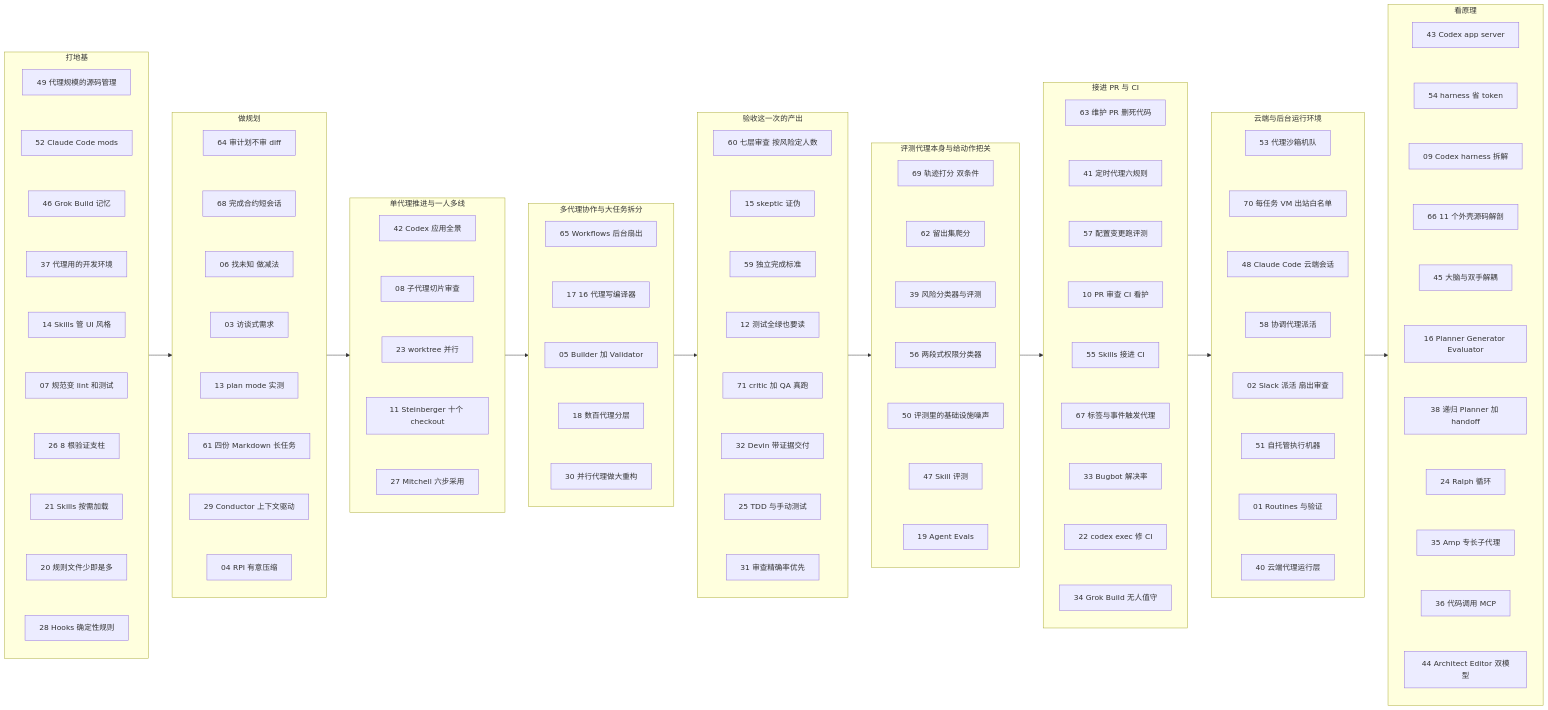
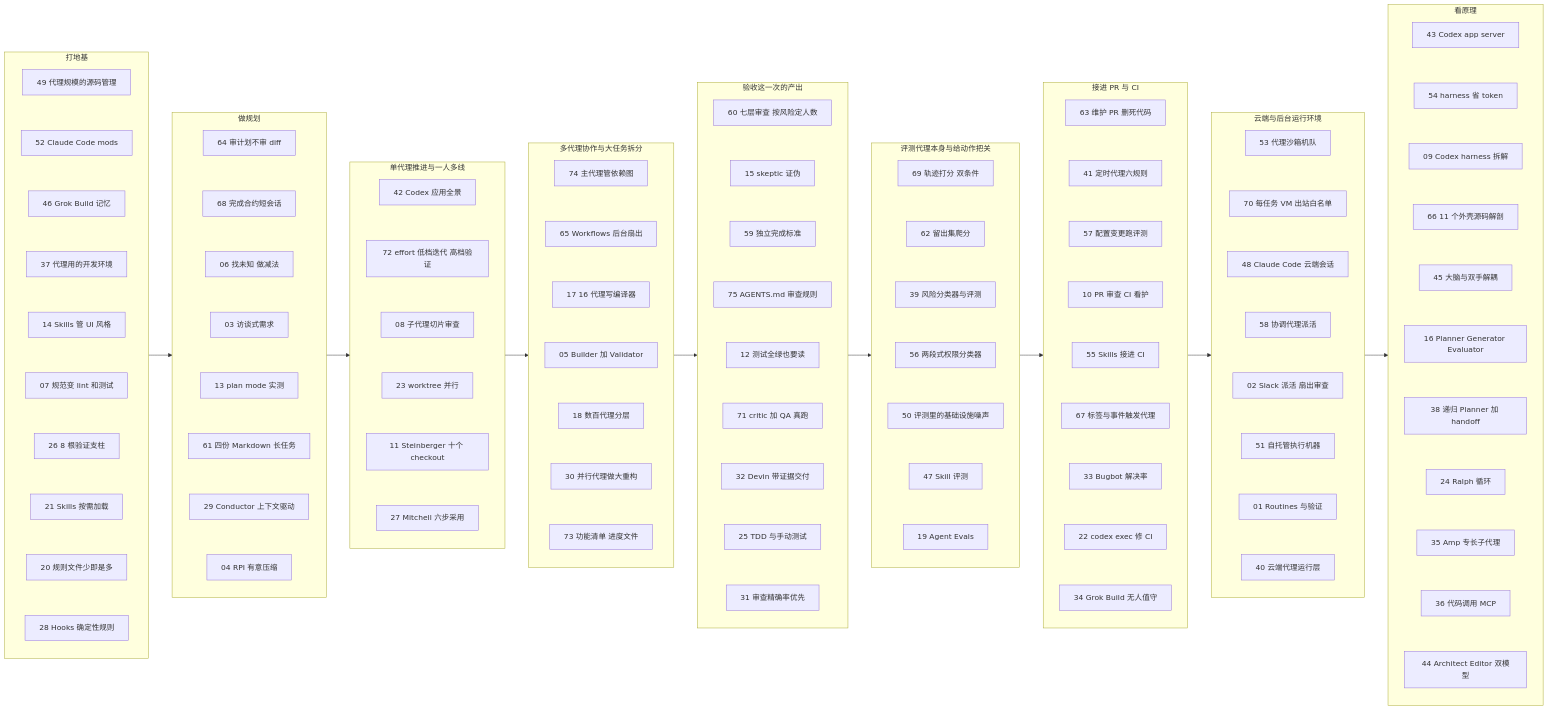
Before and after one commit to yzw7489757/ai-coding-videos: the diagram in docs/index.md, drawn with Mermaid. The commit also changed other lines of this file and 21 other files, not shown here.

Commit message:
第十批收录 #72–#75：effort 档位、长任务功能清单与进度文件、十仓 .NET 迁移、Codex 审查规则；同步阶段指南、模式库 P63–P66、学习路径、全部资料、总结、术语表与更新日志

```diff
--- a/docs/index.md
+++ b/docs/index.md
@@ -165,32 +157,39 @@
   subgraph S3["单代理推进与一人多线"]
     direction TB
     A42["42 Codex 应用全景"]
+    A72["72 effort 低档迭代 高档验证"]
     A08["08 子代理切片审查"]
     A23["23 worktree 并行"]
     A11["11 Steinberger 十个 checkout"]
     A27["27 Mitchell 六步采用"]
-    A42 ~~~ A08
+    A42 ~~~ A72
+    A72 ~~~ A08
     A08 ~~~ A23
     A23 ~~~ A11
     A11 ~~~ A27
   end
   subgraph S4["多代理协作与大任务拆分"]
     direction TB
+    A74["74 主代理管依赖图"]
     A65["65 Workflows 后台扇出"]
     A17["17 16 代理写编译器"]
     A05["05 Builder 加 Validator"]
     A18["18 数百代理分层"]
     A30["30 并行代理做大重构"]
+    A73["73 功能清单 进度文件"]
+    A74 ~~~ A65
     A65 ~~~ A17
     A17 ~~~ A05
     A05 ~~~ A18
     A18 ~~~ A30
+    A30 ~~~ A73
   end
   subgraph S5["验收这一次的产出"]
     direction TB
     A60["60 七层审查 按风险定人数"]
     A15["15 skeptic 证伪"]
     A59["59 独立完成标准"]
+    A75["75 AGENTS.md 审查规则"]
     A12["12 测试全绿也要读"]
     A71["71 critic 加 QA 真跑"]
     A32["32 Devin 带证据交付"]
@@ -198,7 +197,8 @@
     A31["31 审查精确率优先"]
     A60 ~~~ A15
     A15 ~~~ A59
-    A59 ~~~ A12
+    A59 ~~~ A75
+    A75 ~~~ A12
     A12 ~~~ A71
     A71 ~~~ A32
     A32 ~~~ A25
```
